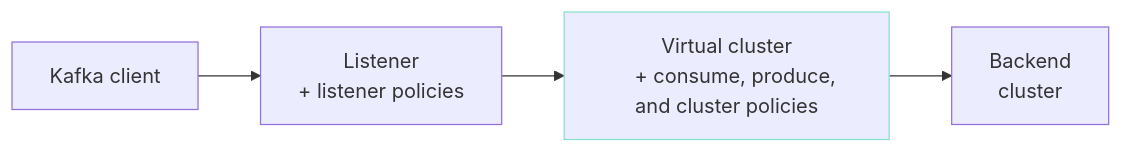
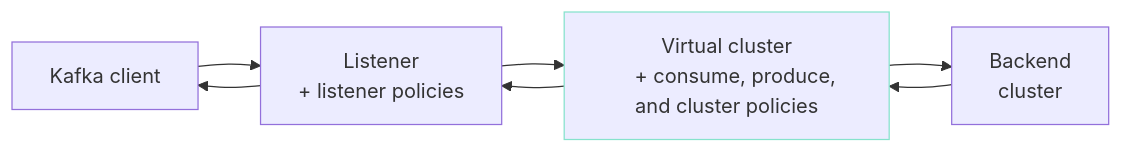
One commit to Kong/developer.konghq.com changed the diagram in app/event-gateway/entities/virtual-cluster.md. Above: the diagram before and after it, drawn with Mermaid. The commit also changed other lines of this file, not shown here.

Commit message:
fix table and adjust diagram

```diff
--- a/app/event-gateway/entities/virtual-cluster.md
+++ b/app/event-gateway/entities/virtual-cluster.md
@@ -50,11 +50,13 @@
 {% mermaid %}
 flowchart LR
     A[Kafka client] --> B[Listener
     + listener policies]
     B --> C[Virtual cluster
     + consume, produce, and cluster policies]
     C --> D[Backend 
     cluster]
 
+    D --> C --> B --> A
+
     style C stroke:#86e2cc
 {% endmermaid %}
```
